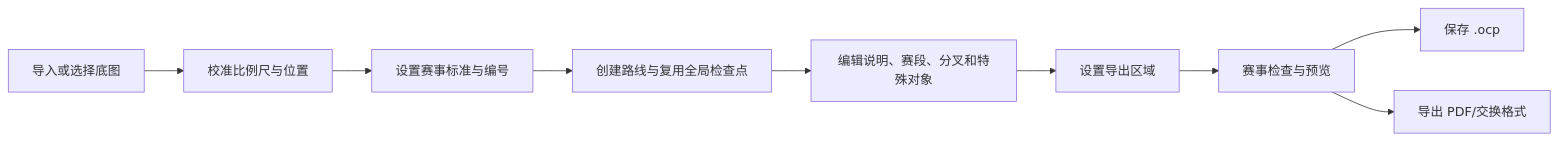
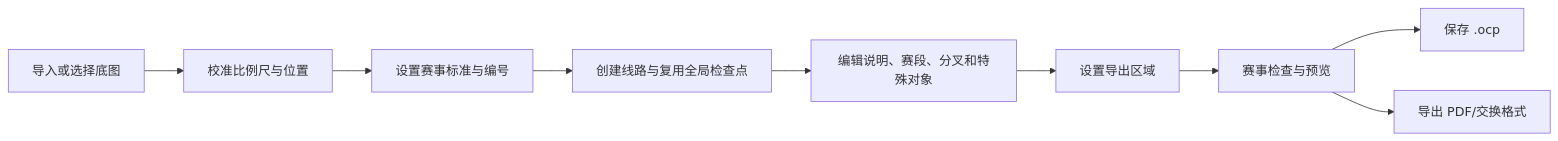
The diagram in USER_GUIDE.md (maxencesun/O-Composer), drawn with Mermaid before and after one commit. The commit also changed other lines of this file and 54 other files, not shown here.

````diff
--- a/USER_GUIDE.md
+++ b/USER_GUIDE.md
@@ -70,11 +70,11 @@
 ```mermaid
 flowchart LR
     A[导入或选择底图] --> B[校准比例尺与位置]
     B --> C[设置赛事标准与编号]
-    C --> D[创建路线与复用全局检查点]
+    C --> D[创建线路与复用全局检查点]
     D --> E[编辑说明、赛段、分叉和特殊对象]
     E --> F[设置导出区域]
     F --> G[赛事检查与预览]
     G --> H[保存 .ocp]
     G --> I[导出 PDF/交换格式]
 ```
````
